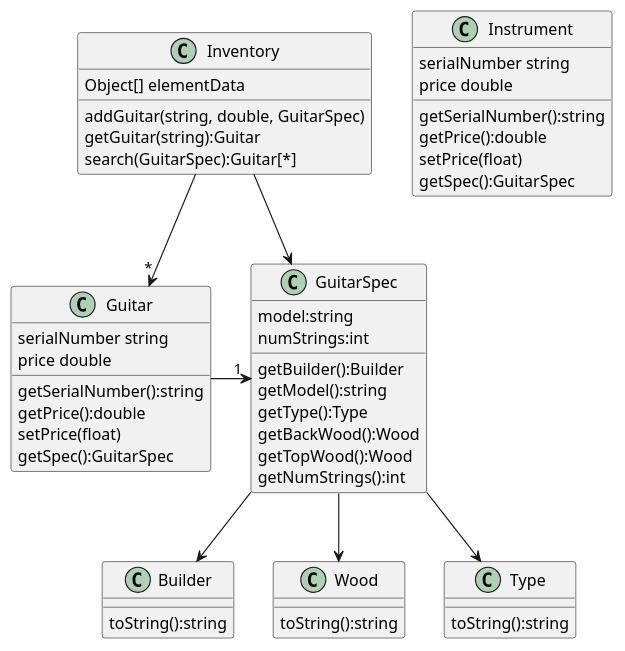
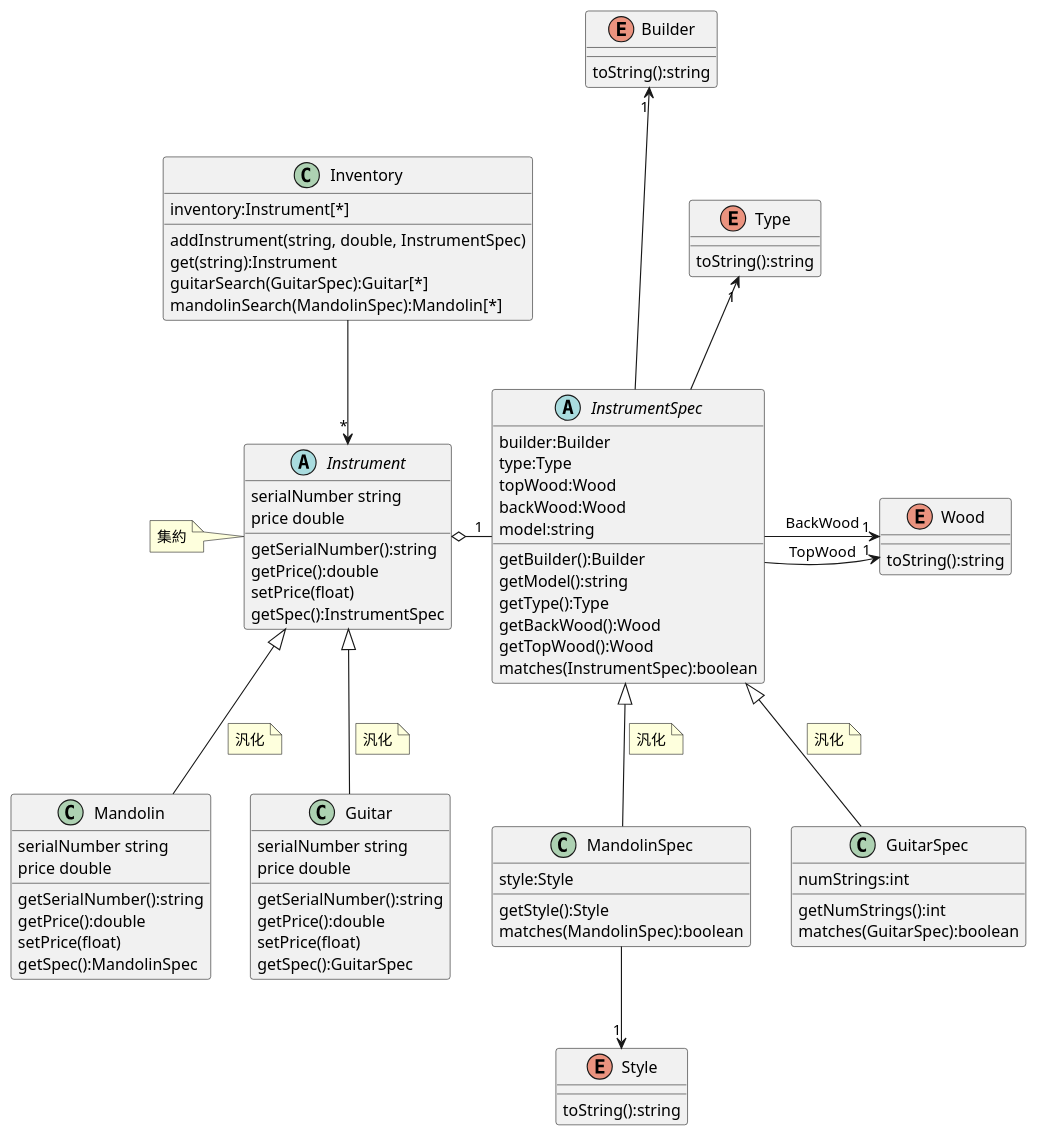
The diagram in chapter5/class.puml (kyamashiro/head-first-ooad), drawn with PlantUML before and after one commit. The commit also changed 5 other files, not shown here.

```diff
--- a/chapter5/class.puml
+++ b/chapter5/class.puml
@@ -1,58 +1,113 @@
 @startuml
 
-Inventory -->"*" Guitar
-GuitarSpec "1"<-left- Guitar
-Inventory --> GuitarSpec
-GuitarSpec --> Builder
-GuitarSpec --> Wood
-GuitarSpec --> Type
+Inventory -down->"*" Instrument
+Instrument o-right-"1" InstrumentSpec
+Mandolin -up-|> Instrument
+note right on link
+  汎化
+end note
+Guitar -up-|> Instrument
+note right on link
+  汎化
+end note
+
+InstrumentSpec -up->"1" Builder
+InstrumentSpec -up->"1" Type
+InstrumentSpec -right->"1" Wood : TopWood
+InstrumentSpec -right->"1" Wood : BackWood
+Builder -[hidden]down- Type
+Type -[hidden]down- Wood
+
+MandolinSpec -up-|> InstrumentSpec
+note right on link
+  汎化
+end note
+
+MandolinSpec -->"1" Style
+GuitarSpec -up-|> InstrumentSpec
+note right on link
+  汎化
+end note
+
+note left of Instrument
+  集約
+end note
 
 class Inventory {
-Object[] elementData
-addGuitar(string, double, GuitarSpec)
-getGuitar(string):Guitar
-search(GuitarSpec):Guitar[*]
+inventory:Instrument[*]
+addInstrument(string, double, InstrumentSpec)
+get(string):Instrument
+guitarSearch(GuitarSpec):Guitar[*]
+mandolinSearch(MandolinSpec):Mandolin[*]
 }
 
 class Guitar {
 serialNumber string
 price double
 getSerialNumber():string
 getPrice():double
 setPrice(float)
 getSpec():GuitarSpec
 }
 
-class GuitarSpec {
+class Mandolin {
+serialNumber string
+price double
+getSerialNumber():string
+getPrice():double
+setPrice(float)
+getSpec():MandolinSpec
+}
+
+abstract class InstrumentSpec{
+builder:Builder
+type:Type
+topWood:Wood
+backWood:Wood
 model:string
-numStrings:int
 getBuilder():Builder
 getModel():string
 getType():Type
 getBackWood():Wood
 getTopWood():Wood
-getNumStrings():int
+matches(InstrumentSpec):boolean
 }
 
-class Builder{
+class GuitarSpec {
+numStrings:int
+getNumStrings():int
+matches(GuitarSpec):boolean
+}
+
+class MandolinSpec {
+style:Style
+getStyle():Style
+matches(MandolinSpec):boolean
+}
+
+Enum Style{
 toString():string
 }
 
-class Type{
+Enum Builder{
 toString():string
 }
 
-class Wood{
+Enum Type{
 toString():string
 }
 
-class Instrument{
+Enum Wood{
+toString():string
+}
+
+abstract class Instrument{
 serialNumber string
 price double
 getSerialNumber():string
 getPrice():double
 setPrice(float)
-getSpec():GuitarSpec
+getSpec():InstrumentSpec
 }
 
 @enduml
```
